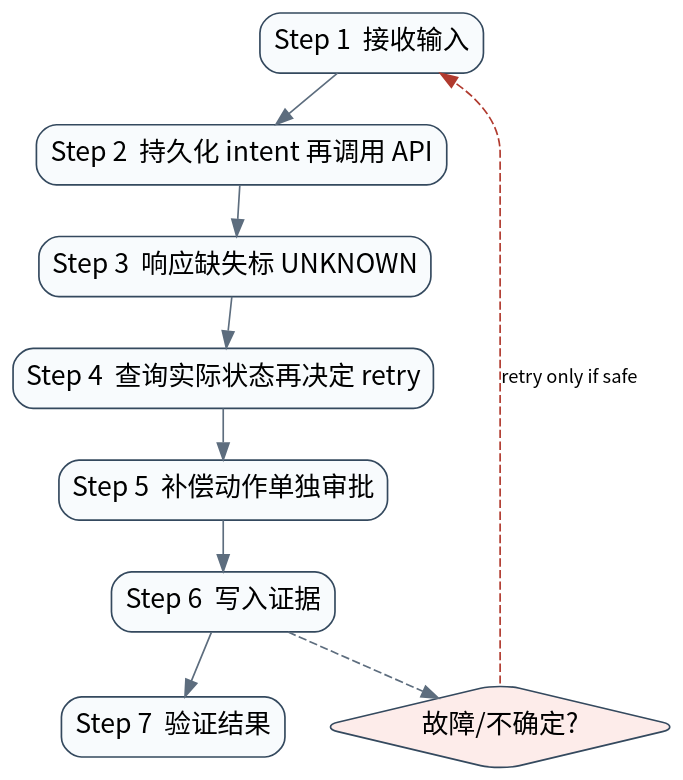
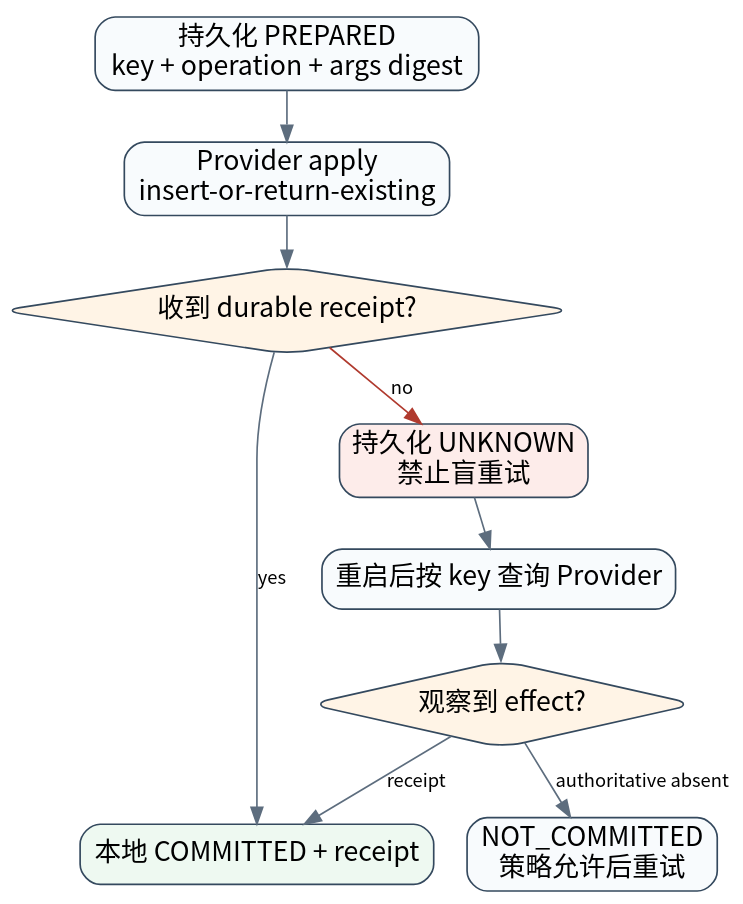
One commit to william-lbn/aiagentsystem changed the diagram in book/assets/diagrams/33-effect-recovery-flow.dot. Above: the diagram before and after it, drawn with Graphviz. The commit also changed 115 other files, not shown here.

```diff
--- a/book/assets/diagrams/33-effect-recovery-flow.dot
+++ b/book/assets/diagrams/33-effect-recovery-flow.dot
@@ -1,21 +1,21 @@
 digraph G {
 graph [rankdir=TB,bgcolor="transparent",pad="0.15",nodesep="0.28",ranksep="0.42"];
 node [shape=box,style="rounded,filled",fontname="Noto Sans CJK SC",fontsize=16,color="#34495e",fillcolor="#f8fbfd"];
 edge [fontname="Noto Sans CJK SC",fontsize=11,color="#5d6d7e"];
-s0 [label="Step 1  接收输入"];
-s1 [label="Step 2  持久化 intent 再调用 API"];
-s2 [label="Step 3  响应缺失标 UNKNOWN"];
-s3 [label="Step 4  查询实际状态再决定 retry"];
-s4 [label="Step 5  补偿动作单独审批"];
-s5 [label="Step 6  写入证据"];
-s6 [label="Step 7  验证结果"];
-s0->s1;
-s1->s2;
-s2->s3;
-s3->s4;
-s4->s5;
-s5->s6;
-fail [shape=diamond,label="故障/不确定?",fillcolor="#fdecea"];
-s5->fail [style=dashed];
-fail->s0 [label="retry only if safe",style=dashed,color="#b03a2e"];
+prepare [label="持久化 PREPARED\nkey + operation + args digest"];
+apply [label="Provider apply\ninsert-or-return-existing"];
+ack [shape=diamond,label="收到 durable receipt?",fillcolor="#fff4e6"];
+commit [label="本地 COMMITTED + receipt",fillcolor="#eef9f1"];
+unknown [label="持久化 UNKNOWN\n禁止盲重试",fillcolor="#fdecea"];
+lookup [label="重启后按 key 查询 Provider"];
+observed [shape=diamond,label="观察到 effect?",fillcolor="#fff4e6"];
+notapplied [label="NOT_COMMITTED\n策略允许后重试"];
+prepare->apply;
+apply->ack;
+ack->commit [label="yes"];
+ack->unknown [label="no",color="#b03a2e"];
+unknown->lookup;
+lookup->observed;
+observed->commit [label="receipt"];
+observed->notapplied [label="authoritative absent"];
 }
```
